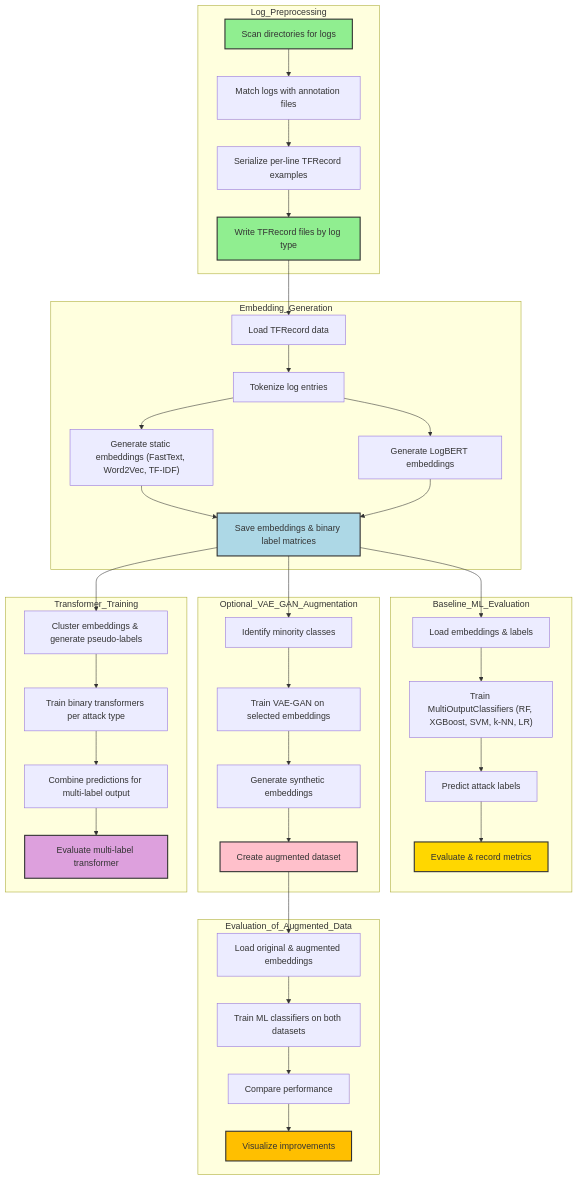
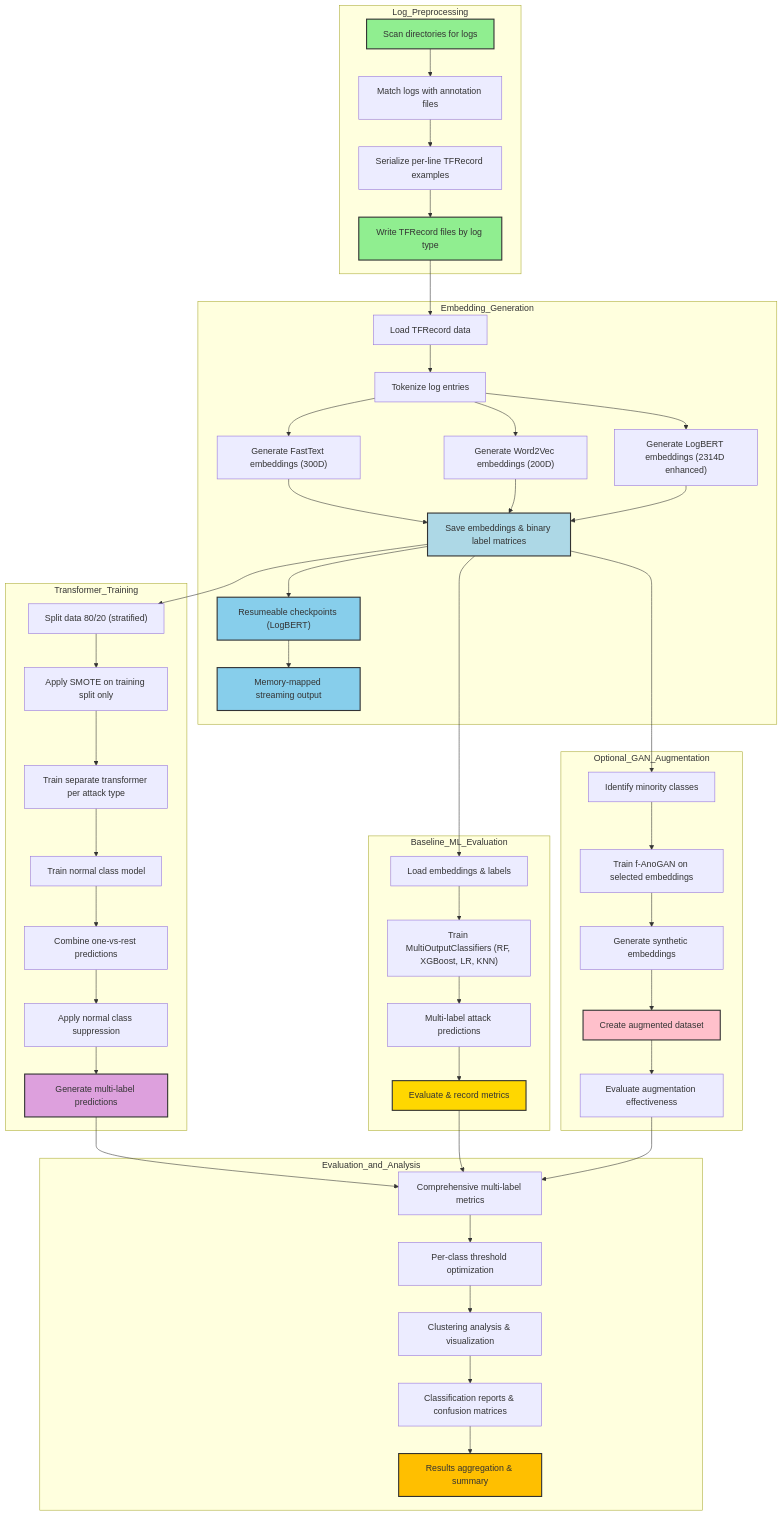
Before and after one commit to 365cent/LBAD: the diagram in Readme.md, drawn with Mermaid. The commit also changed other lines of this file, not shown here.

Commit message:
docs: Revise Readme.md to reflect the transition from attack detection to anomaly detection, update pipeline highlights, and enhance clarity in embedding generation and training processes; include new Makefile commands and project structure details for improved user guidance

````diff
--- a/Readme.md
+++ b/Readme.md
@@ -16,54 +16,67 @@
 ```mermaid
 flowchart TD
     subgraph Log_Preprocessing
         A["Scan directories for logs"] --> B["Match logs with annotation files"]
         B --> C["Serialize per-line TFRecord examples"]
         C --> D["Write TFRecord files by log type"]
     end
 
     subgraph Embedding_Generation
         D --> E1["Load TFRecord data"]
         E1 --> F1["Tokenize log entries"]
-        F1 --> G1["Generate static embeddings (FastText, Word2Vec, TF-IDF)"]
-        F1 --> G2["Generate LogBERT embeddings"]
+        F1 --> G1["Generate FastText embeddings (300D)"]
+        F1 --> G2["Generate Word2Vec embeddings (200D)"]
+        F1 --> G3["Generate LogBERT embeddings (2314D enhanced)"]
         G1 --> H1["Save embeddings & binary label matrices"]
         G2 --> H1
+        G3 --> H1
+        H1 --> H2["Resumeable checkpoints (LogBERT)"]
+        H2 --> H3["Memory-mapped streaming output"]
+    end
+
+    subgraph Transformer_Training
+        H1 --> V1["Split data 80/20 (stratified)"]
+        V1 --> V2["Apply SMOTE on training split only"]
+        V2 --> V3["Train separate transformer per attack type"]
+        V3 --> V4["Train normal class model"]
+        V4 --> X1["Combine one-vs-rest predictions"]
+        X1 --> X2["Apply normal class suppression"]
+        X2 --> Y1["Generate multi-label predictions"]
     end
 
     subgraph Baseline_ML_Evaluation
         H1 --> I1["Load embeddings & labels"]
-        I1 --> J1["Train MultiOutputClassifiers (RF, XGBoost, SVM, k-NN, LR)"]
-        J1 --> K1["Predict attack labels"]
+        I1 --> J1["Train MultiOutputClassifiers (RF, XGBoost, LR, KNN)"]
+        J1 --> K1["Multi-label attack predictions"]
         K1 --> L1["Evaluate & record metrics"]
     end
 
-    subgraph Optional_VAE_GAN_Augmentation
+    subgraph Optional_GAN_Augmentation
         H1 --> M1["Identify minority classes"]
-        M1 --> N1["Train VAE-GAN on selected embeddings"]
+        M1 --> N1["Train f-AnoGAN on selected embeddings"]
         N1 --> O1["Generate synthetic embeddings"]
         O1 --> P1["Create augmented dataset"]
+        P1 --> R1["Evaluate augmentation effectiveness"]
     end
 
-    subgraph Evaluation_of_Augmented_Data
-        P1 --> R1["Load original & augmented embeddings"]
-        R1 --> S1["Train ML classifiers on both datasets"]
-        S1 --> T1["Compare performance"]
-        T1 --> U1["Visualize improvements"]
-    end
-
-    subgraph Transformer_Training
-        H1 --> V1["Cluster embeddings & generate pseudo-labels"]
-        V1 --> W1["Train binary transformers per attack type"]
-        W1 --> X1["Combine predictions for multi-label output"]
-        X1 --> Y1["Evaluate multi-label transformer"]
+    subgraph Evaluation_and_Analysis
+        Y1 --> S1["Comprehensive multi-label metrics"]
+        L1 --> S1
+        R1 --> S1
+        S1 --> T1["Per-class threshold optimization"]
+        T1 --> U1["Clustering analysis & visualization"]
+        U1 --> U2["Classification reports & confusion matrices"]
+        U2 --> U3["Results aggregation & summary"]
     end
 
     %% Styling
     style A fill:#90EE90,stroke:#333,stroke-width:2px
     style D fill:#90EE90,stroke:#333,stroke-width:2px
     style H1 fill:#ADD8E6,stroke:#333,stroke-width:2px
+    style H2 fill:#87CEEB,stroke:#333,stroke-width:2px
+    style H3 fill:#87CEEB,stroke:#333,stroke-width:2px
+    style Y1 fill:#DDA0DD,stroke:#333,stroke-width:2px
     style L1 fill:#FFD700,stroke:#333,stroke-width:2px
     style P1 fill:#FFC0CB,stroke:#333,stroke-width:2px
-    style U1 fill:#FFBF00,stroke:#333,stroke-width:2px
-    style Y1 fill:#DDA0DD,stroke:#333,stroke-width:2px
+    style U3 fill:#FFBF00,stroke:#333,stroke-width:2px
 ```
````
